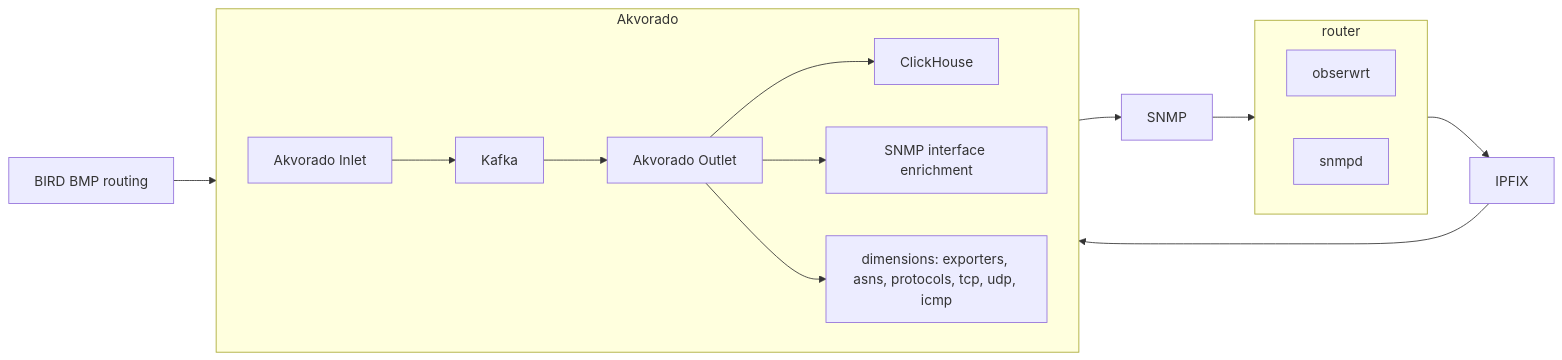
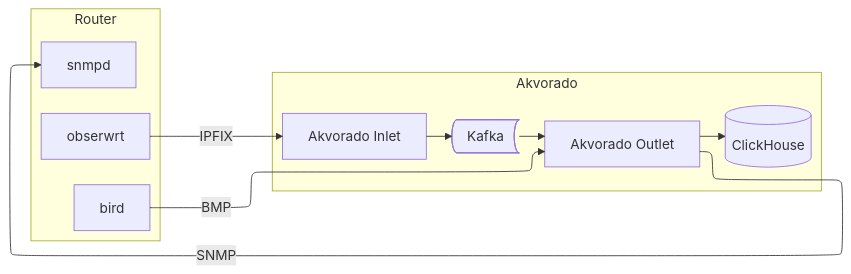
One commit to vooon/obserwrt changed the sixth of 6 diagrams in docs/design.md. Above: the diagram before and after it, drawn with Mermaid.

Commit message:
docs: fix flowchart

````diff
--- a/docs/design.md
+++ b/docs/design.md
@@ -529,27 +529,27 @@
 ```mermaid
+---
+config:
+  layout: "elk"
+---
 flowchart LR
-    subgraph ROUTER[router]
-        direction LR
-        O[obserwrt]
-        SNMPD[snmpd]
-    end
-    subgraph AKV[Akvorado]
-        direction LR
-        INLET[Akvorado Inlet]
-        KAFKA[Kafka]
-        OUTLET[Akvorado Outlet]
-        CH[ClickHouse]
-        ENR[SNMP interface enrichment]
-        DIM[dimensions: exporters, asns, protocols, tcp, udp, icmp]
-    end
-    ROUTER --> IPFIX[IPFIX]
-    IPFIX --> AKV
-    INLET --> KAFKA
-    KAFKA --> OUTLET
-    OUTLET --> CH
-    OUTLET --> ENR
-    ENR --> SNMP[SNMP]
-    SNMP --> SNMPD
-    BIRD[BIRD BMP routing] --> OUTLET
-    OUTLET --> DIM
+  subgraph ROUTER[Router]
+      O[obserwrt]
+      SNMPD[snmpd]
+      BIRD[bird]
+  end
+
+  subgraph AKV[Akvorado]
+      INLET[Akvorado Inlet]
+      KAFKA@{label: "Kafka", shape: bow-rect }
+      OUTLET[Akvorado Outlet]
+      CH[(ClickHouse)]
+  end
+
+  O -- IPFIX --> INLET
+  OUTLET -- SNMP --> SNMPD
+  BIRD -- BMP --> OUTLET
+
+  INLET --> KAFKA
+  KAFKA --> OUTLET
+  OUTLET --> CH
 ```
````
